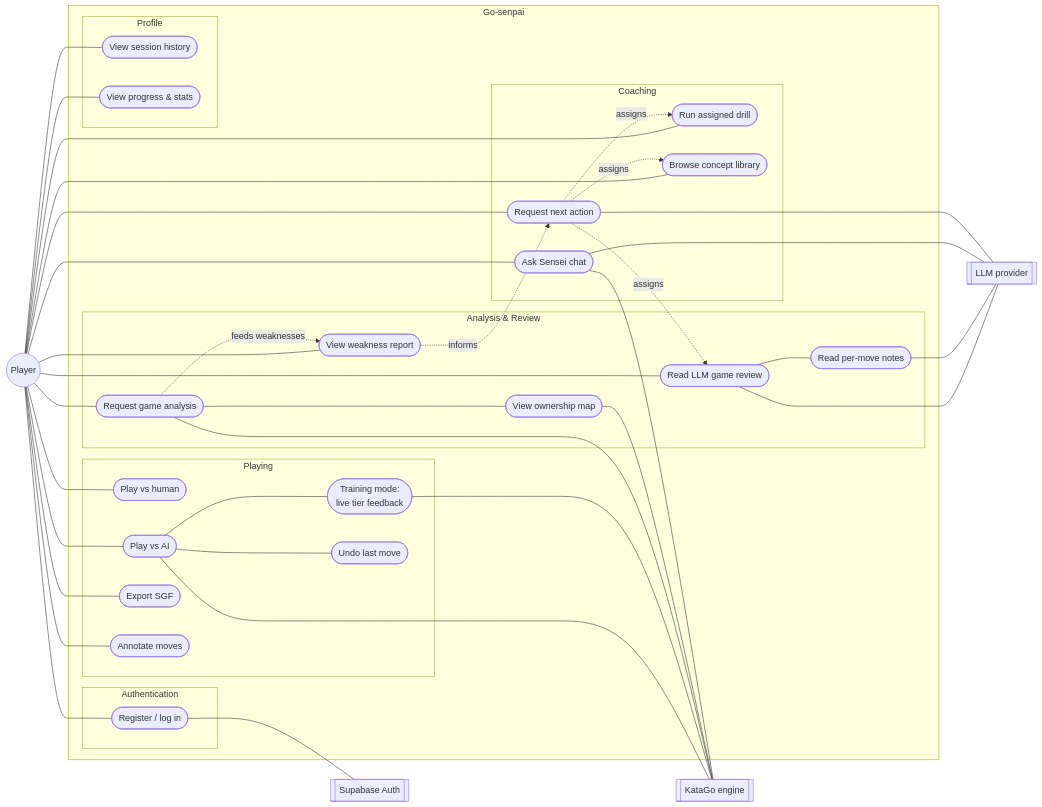
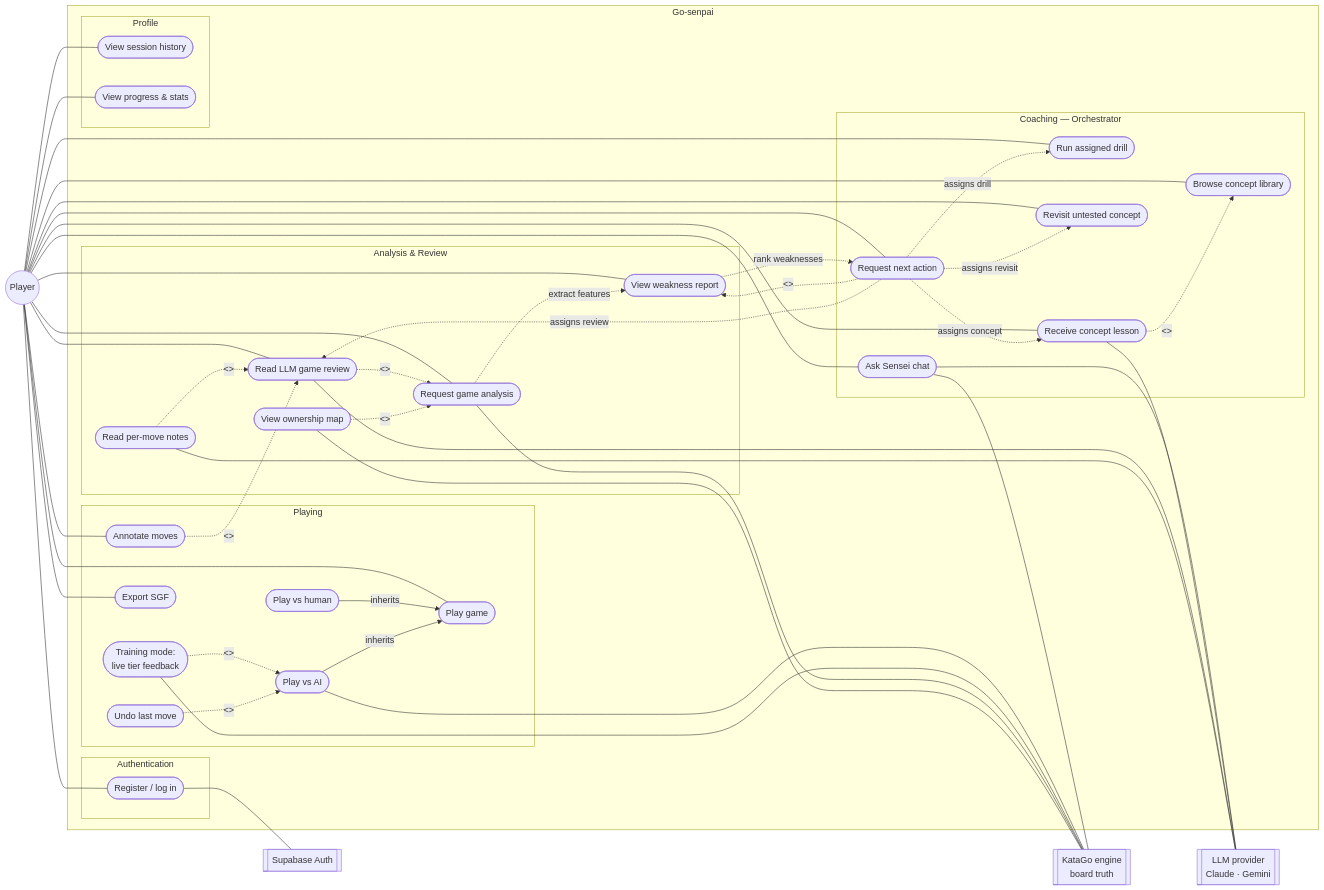
One commit to MacchiatoCreamCheese/Go-senpai changed the first of 5 diagrams in README.md. Above: the diagram before and after it, drawn with Mermaid. The commit also changed other lines of this file, not shown here.

````diff
--- a/README.md
+++ b/README.md
@@ -46,8 +46,8 @@
 ```mermaid
 flowchart LR
     player(( Player ))
-    katago[[ KataGo engine ]]
-    llm[[ LLM provider ]]
+    katago[[ KataGo engine\nboard truth ]]
+    llm[[ LLM provider\nClaude · Gemini ]]
     supabase[[ Supabase Auth ]]
 
     subgraph Go-senpai
@@ -57,6 +57,7 @@
         end
 
         subgraph play_group [Playing]
+            uc_play([ Play game ])
             uc2([ Play vs human ])
             uc3([ Play vs AI ])
             uc3t([ Training mode:\nlive tier feedback ])
@@ -73,10 +74,12 @@
             uc8m([ Read per-move notes ])
         end
 
-        subgraph coaching_group [Coaching]
-            uc9([ Ask Sensei chat ])
+        subgraph coaching_group [Coaching — Orchestrator]
             uc10([ Request next action ])
             uc7([ Run assigned drill ])
+            uc_teach([ Receive concept lesson ])
+            uc_revisit([ Revisit untested concept ])
+            uc9([ Ask Sensei chat ])
             uc11([ Browse concept library ])
         end
 
@@ -87,25 +90,40 @@
 
     end
 
+    %% Actor associations
     player --- uc1
-    player --- uc2
-    player --- uc3
-    uc3 --- uc3t
-    uc3 --- uc3u
+    player --- uc_play
     player --- uc4
     player --- uc4n
     player --- uc5
-    uc5 --- uc5o
     player --- uc6
     player --- uc8
-    uc8 --- uc8m
     player --- uc9
     player --- uc10
     player --- uc7
+    player --- uc_teach
+    player --- uc_revisit
     player --- uc11
     player --- uc12
     player --- uc13
 
+    %% Generalization: Play vs human / Play vs AI are specializations of Play game
+    uc2 -->|inherits| uc_play
+    uc3 -->|inherits| uc_play
+
+    %% <<include>>: mandatory sub-behaviors (including UC → included UC)
+    uc8 -. "<<include>>" .-> uc5
+    uc10 -. "<<include>>" .-> uc6
+    uc_teach -. "<<include>>" .-> uc11
+
+    %% <<extend>>: optional / conditional extensions (extending UC → base UC)
+    uc3t -. "<<extend>>" .-> uc3
+    uc3u -. "<<extend>>" .-> uc3
+    uc5o -. "<<extend>>" .-> uc5
+    uc4n -. "<<extend>>" .-> uc8
+    uc8m -. "<<extend>>" .-> uc8
+
+    %% External actor links
     uc1 --- supabase
     uc3 --- katago
     uc3t --- katago
@@ -115,11 +133,13 @@
     uc8 --- llm
     uc8m --- llm
     uc9 --- llm
-    uc10 --- llm
+    uc_teach --- llm
 
-    uc5 -.feeds weaknesses.-> uc6
-    uc6 -.informs.-> uc10
-    uc10 -.assigns.-> uc7
-    uc10 -.assigns.-> uc8
-    uc10 -.assigns.-> uc11
+    %% Coaching data flow
+    uc5 -.extract features.-> uc6
+    uc6 -.rank weaknesses.-> uc10
+    uc10 -.assigns drill.-> uc7
+    uc10 -.assigns review.-> uc8
+    uc10 -.assigns concept.-> uc_teach
+    uc10 -.assigns revisit.-> uc_revisit
 ```
````
